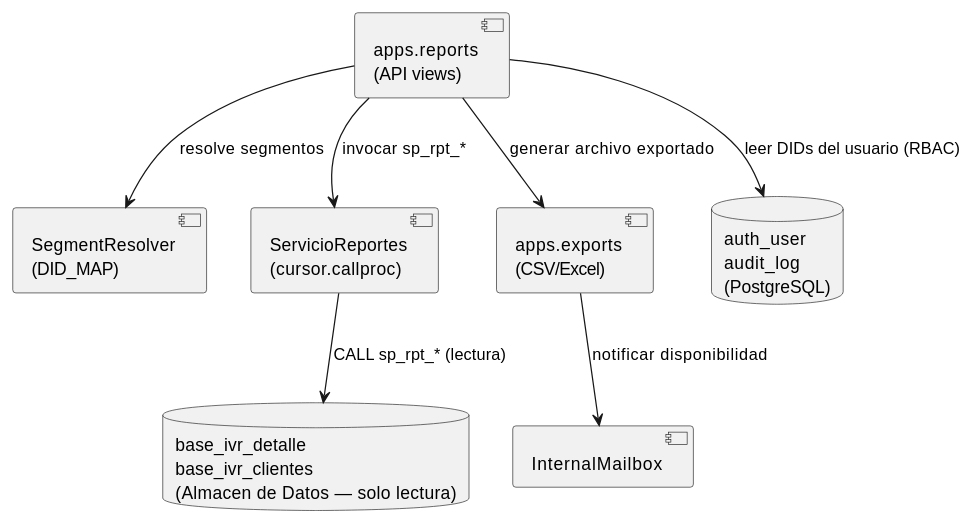
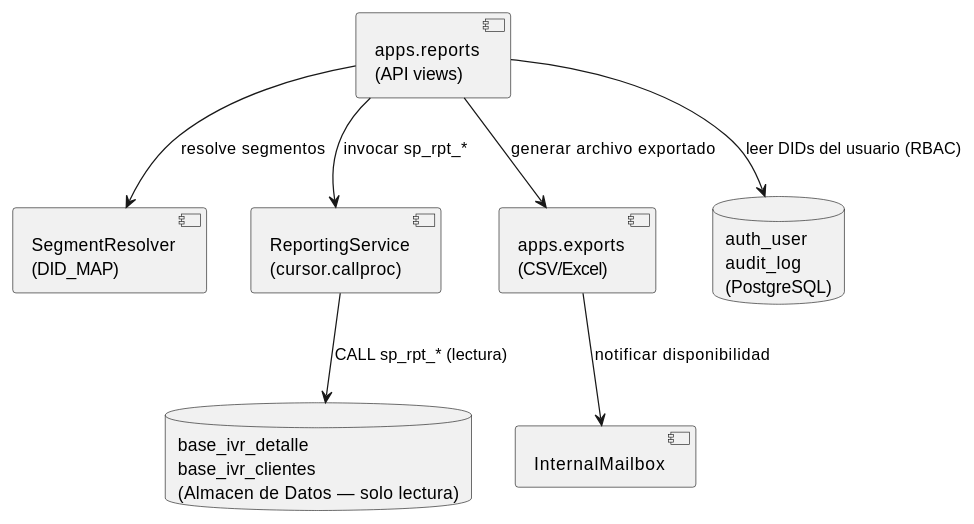
One commit to jcg-admin/IACT-docs changed the diagram in source/arquitectura-tecnica/modulos/vis-reports/diagramas/componentes-mod-reports.rst. Above: the diagram before and after it, drawn with PlantUML. The commit also changed 79 other files, not shown here.

```diff
--- a/source/arquitectura-tecnica/modulos/vis-reports/diagramas/componentes-mod-reports.rst
+++ b/source/arquitectura-tecnica/modulos/vis-reports/diagramas/componentes-mod-reports.rst
@@ -19,22 +19,22 @@
 .. uml::
  :caption: Componentes de MOD_Reports y sus dependencias de datos.
 
  @startuml
 
  component "apps.reports\n(API views)" as MODULO_REPORTES
  component "SegmentResolver\n(DID_MAP)" as Segmentresolver
- component "ServicioReportes\n(cursor.callproc)" as Servicioreportes
+ component "ReportingService\n(cursor.callproc)" as Servicioreportes
  component "apps.exports\n(CSV/Excel)" as AppsExports
  component "InternalMailbox" as Internalmailbox
 
  database "base_ivr_detalle\nbase_ivr_clientes\n(Almacen de Datos — solo lectura)" as base_ivr_detalle
  database "auth_user\naudit_log\n(PostgreSQL)" as auth_user
 
  MODULO_REPORTES --> Segmentresolver : resolve segmentos
  MODULO_REPORTES --> Servicioreportes : invocar sp_rpt_*
  Servicioreportes --> base_ivr_detalle : CALL sp_rpt_* (lectura)
  MODULO_REPORTES --> auth_user : leer DIDs del usuario (RBAC)
  MODULO_REPORTES --> AppsExports : generar archivo exportado
  AppsExports --> Internalmailbox : notificar disponibilidad
 
  @enduml
```
